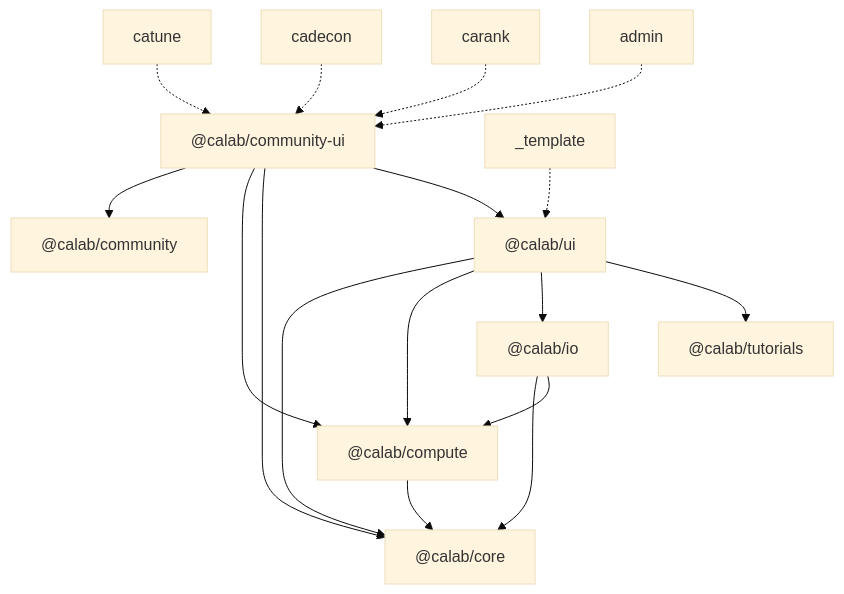
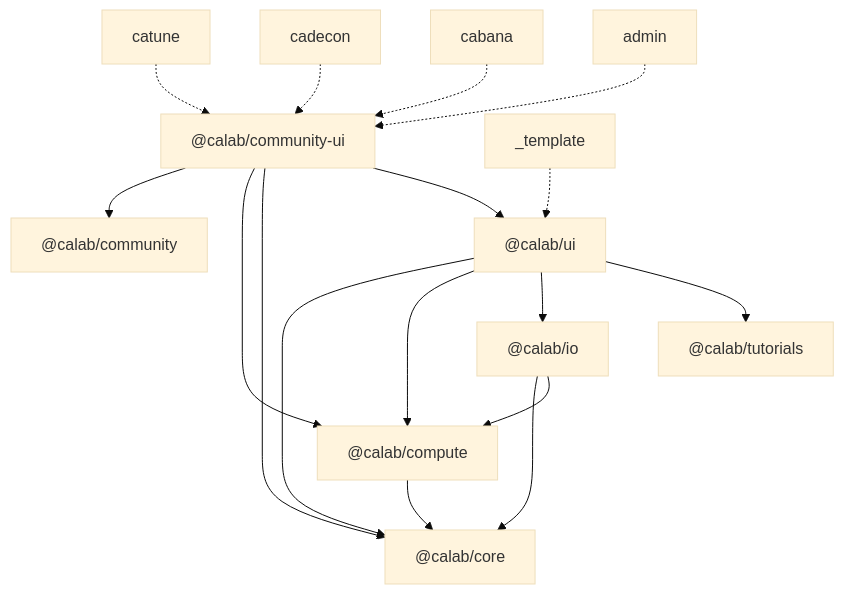
The diagram in docs/ARCHITECTURE.md (miniscope/CaLab), drawn with Mermaid (base theme) before and after one commit. The commit also changed other lines of this file and 45 other files, not shown here.

````diff
--- a/docs/ARCHITECTURE.md
+++ b/docs/ARCHITECTURE.md
@@ -92,26 +92,26 @@
 ```mermaid
 graph TD
   core["@calab/core"]
   compute["@calab/compute"]
   io["@calab/io"]
   tutorials["@calab/tutorials"]
   ui["@calab/ui"]
   community["@calab/community"]
   cui["@calab/community-ui"]
   compute --> core
   io --> core
   io --> compute
   ui --> core
   ui --> compute
   ui --> io
   ui --> tutorials
   cui --> community
   cui --> compute
   cui --> core
   cui --> ui
   catune -.-> cui
   cadecon -.-> cui
-  carank -.-> cui
+  cabana -.-> cui
   admin -.-> cui
   template["_template"] -.-> ui
 ```
````
